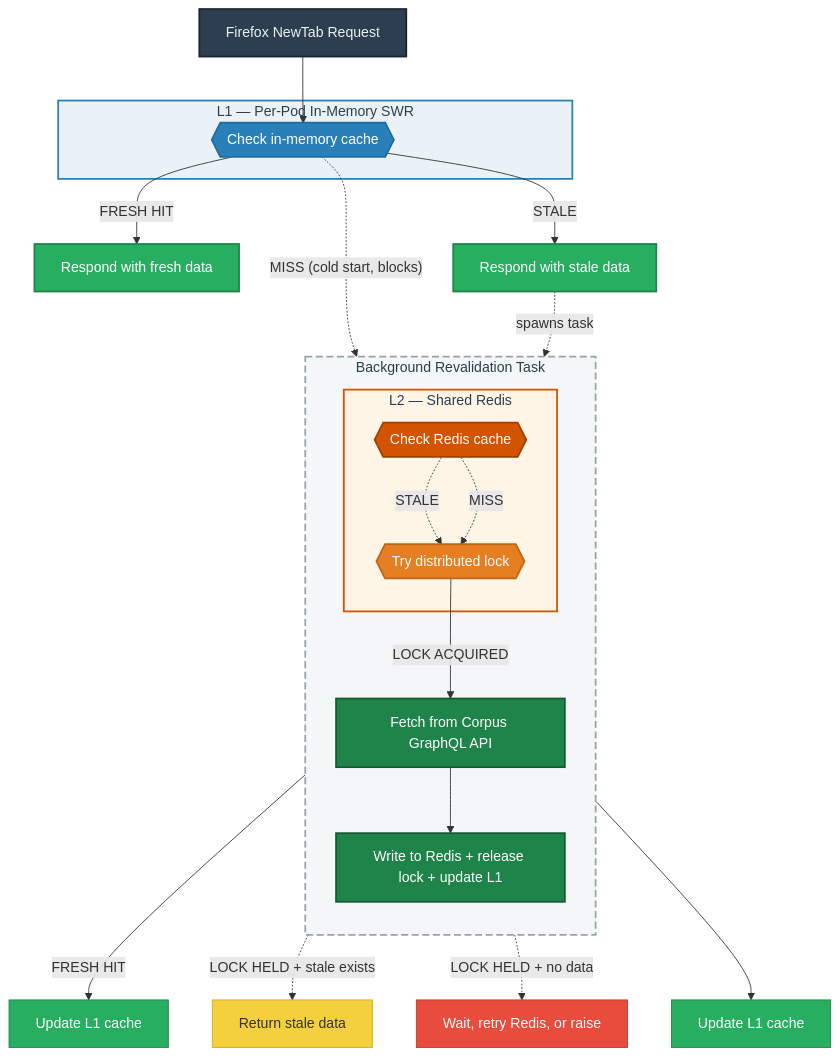
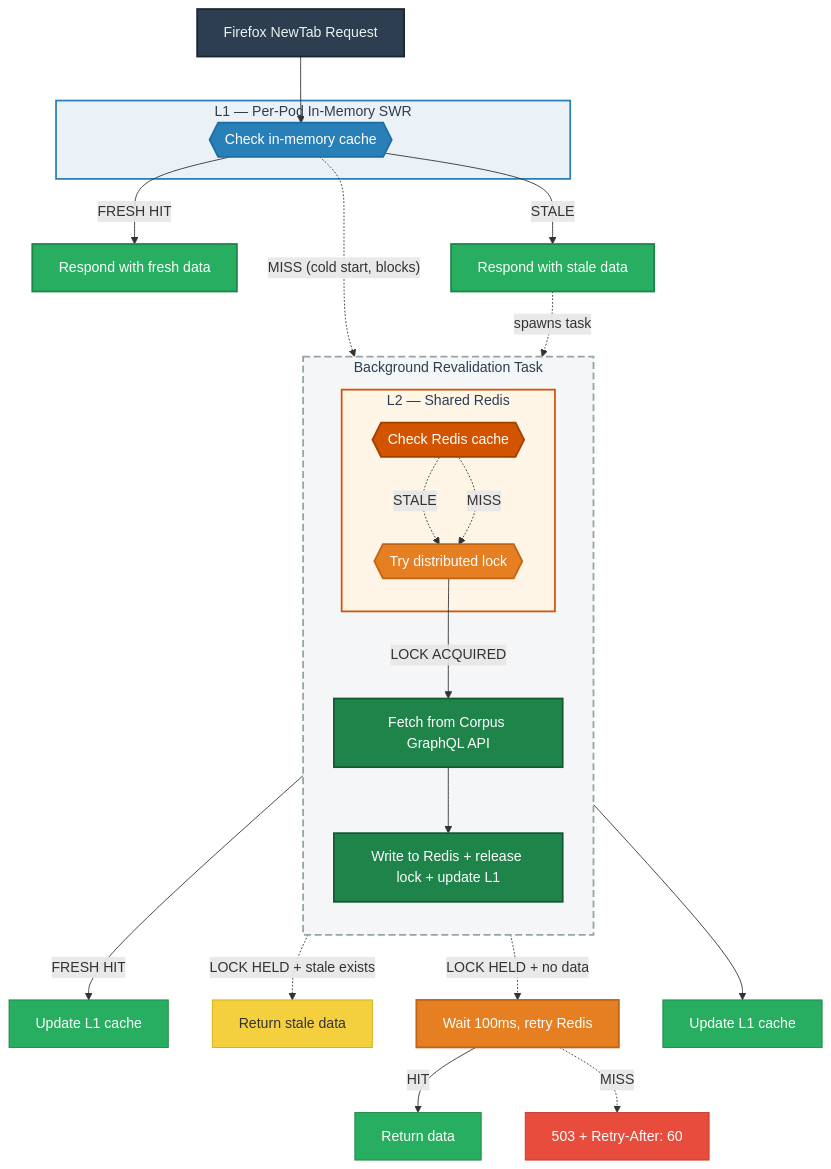
Before and after one commit to mozilla-services/merino-py: the diagram in docs/operations/curated-recommendations/corpus-cache.md, drawn with Mermaid. The commit also changed other lines of this file and 7 other files, not shown here.

````diff
--- a/docs/operations/curated-recommendations/corpus-cache.md
+++ b/docs/operations/curated-recommendations/corpus-cache.md
@@ -11,57 +11,62 @@
 ```mermaid
 flowchart TB
     req["Firefox NewTab Request"]
 
     subgraph L1 ["L1 — Per-Pod In-Memory SWR"]
         check_l1{{"Check in-memory cache"}}
     end
 
     respond_fresh["Respond with fresh data"]
     respond_stale["Respond with stale data"]
 
     subgraph bg ["Background Revalidation Task"]
         direction TB
 
         subgraph L2 ["L2 — Shared Redis"]
             check_l2{{"Check Redis cache"}}
             acquire_lock{{"Try distributed lock"}}
         end
 
         api["Fetch from Corpus GraphQL API"]
         write["Write to Redis + release lock + update L1"]
     end
 
     req --> check_l1
 
     check_l1 -- "FRESH HIT" --> respond_fresh
     check_l1 -- "STALE" --> respond_stale
     check_l1 -. "MISS (cold start, blocks)" .-> check_l2
 
     respond_stale -. "spawns task" .-> check_l2
 
     check_l2 -- "FRESH HIT" --> done_l2["Update L1 cache"]
     check_l2 -. "STALE" .-> acquire_lock
     check_l2 -. "MISS" .-> acquire_lock
 
     acquire_lock -- "LOCK ACQUIRED" --> api
     acquire_lock -. "LOCK HELD + stale exists" .-> serve_stale["Return stale data"]
-    acquire_lock -. "LOCK HELD + no data" .-> retry["Wait, retry Redis, or raise"]
+    acquire_lock -. "LOCK HELD + no data" .-> retry_redis["Wait 100ms, retry Redis"]
+
+    retry_redis -- "HIT" --> done_retry["Return data"]
+    retry_redis -. "MISS" .-> return_503["503 + Retry-After: 60"]
 
     api --> write --> done_api["Update L1 cache"]
 
     style req fill:#2c3e50,stroke:#1a252f,color:#ecf0f1,stroke-width:2px
     style check_l1 fill:#2980b9,stroke:#1f6da0,color:#fff,stroke-width:2px
     style check_l2 fill:#d35400,stroke:#a04000,color:#fff,stroke-width:2px
     style acquire_lock fill:#e67e22,stroke:#bf6516,color:#fff,stroke-width:2px
     style api fill:#1e8449,stroke:#145a32,color:#fff,stroke-width:2px
     style write fill:#1e8449,stroke:#145a32,color:#fff,stroke-width:2px
     style respond_fresh fill:#27ae60,stroke:#1e8449,color:#fff,stroke-width:2px
     style respond_stale fill:#27ae60,stroke:#1e8449,color:#fff,stroke-width:2px
     style serve_stale fill:#f4d03f,stroke:#d4ac0f,color:#333
-    style retry fill:#e74c3c,stroke:#c0392b,color:#fff
+    style retry_redis fill:#e67e22,stroke:#bf6516,color:#fff,stroke-width:2px
+    style done_retry fill:#27ae60,stroke:#1e8449,color:#fff
+    style return_503 fill:#e74c3c,stroke:#c0392b,color:#fff
     style done_l2 fill:#27ae60,stroke:#1e8449,color:#fff
     style done_api fill:#27ae60,stroke:#1e8449,color:#fff
     style L1 fill:#eaf2f8,stroke:#2980b9,stroke-width:2px,color:#2c3e50
     style L2 fill:#fef5e7,stroke:#d35400,stroke-width:2px,color:#2c3e50
     style bg fill:#f4f6f7,stroke:#95a5a6,stroke-width:2px,stroke-dasharray: 8 4,color:#2c3e50
 ```
````
